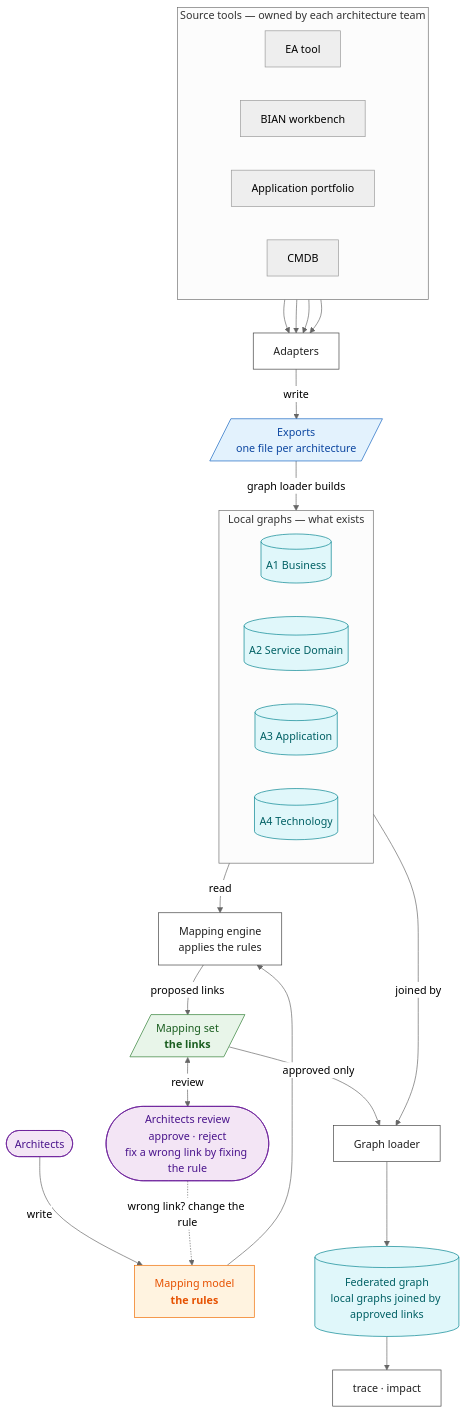
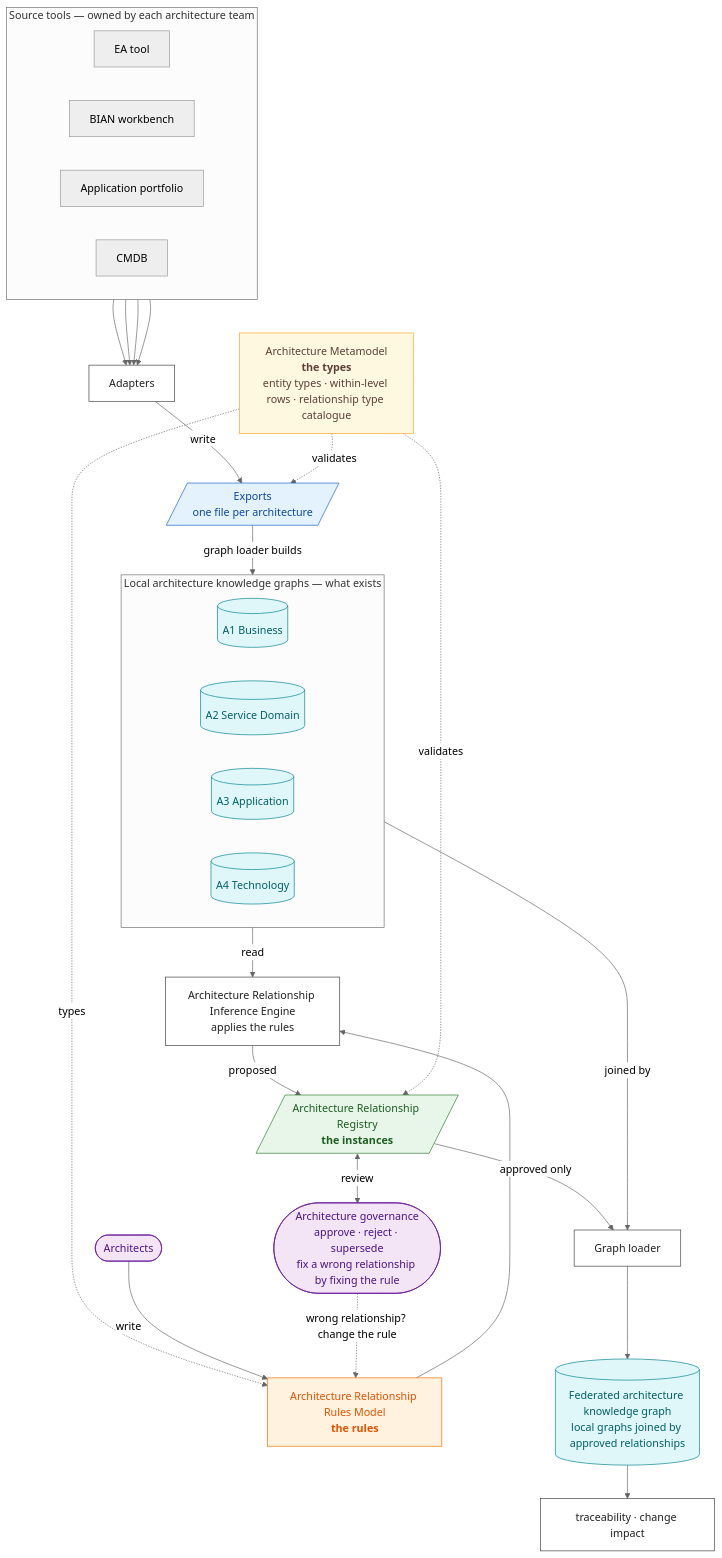
The diagram in README.md (taumoeps/bian-sdem-framework), drawn with Mermaid (neutral theme) before and after one commit. The commit also changed other lines of this file and 88 other files, not shown here.

````diff
--- a/README.md
+++ b/README.md
@@ -29,51 +42,57 @@
 ```mermaid
 flowchart TB
+    classDef def fill:#FFF8E1,stroke:#F9A825,color:#5D4037
     classDef data fill:#E3F2FD,stroke:#1565C0,color:#0D47A1
     classDef rules fill:#FFF3E0,stroke:#EF6C00,color:#E65100
     classDef links fill:#E8F5E9,stroke:#2E7D32,color:#1B5E20
     classDef prog fill:#FFFFFF,stroke:#424242,color:#212121
     classDef person fill:#F3E5F5,stroke:#6A1B9A,color:#4A148C
     classDef kg fill:#E0F7FA,stroke:#00838F,color:#006064
+
+    META["Architecture Metamodel<br/><b>the types</b><br/>entity types · within-level rows · relationship type catalogue"]:::def
 
     subgraph SRC["Source tools — owned by each architecture team"]
         direction LR
         T1["EA tool"]
         T2["BIAN workbench"]
         T3["Application portfolio"]
         T4["CMDB"]
     end
 
     ADP["Adapters"]:::prog
     EXP[/"Exports<br/>one file per architecture"/]:::data
 
-    subgraph LOCAL["Local graphs — what exists"]
+    subgraph LOCAL["Local architecture knowledge graphs — what exists"]
         direction LR
         L1[("A1 Business")]:::kg
         L2[("A2 Service Domain")]:::kg
         L3[("A3 Application")]:::kg
         L4[("A4 Technology")]:::kg
     end
 
     ARCH(["Architects"]):::person
-    MM["Mapping model<br/><b>the rules</b>"]:::rules
-    ENG["Mapping engine<br/>applies the rules"]:::prog
-    MS[/"Mapping set<br/><b>the links</b>"/]:::links
-    REV(["Architects review<br/>approve · reject<br/>fix a wrong link by fixing the rule"]):::person
+    RULES["Architecture Relationship Rules Model<br/><b>the rules</b>"]:::rules
+    ENG["Architecture Relationship Inference Engine<br/>applies the rules"]:::prog
+    REG[/"Architecture Relationship Registry<br/><b>the instances</b>"/]:::links
+    REV(["Architecture governance<br/>approve · reject · supersede<br/>fix a wrong relationship by fixing the rule"]):::person
     LDR["Graph loader"]:::prog
-    FED[("Federated graph<br/>local graphs joined by approved links")]:::kg
-    Q["trace · impact"]:::prog
+    FED[("Federated architecture knowledge graph<br/>local graphs joined by approved relationships")]:::kg
+    Q["traceability · change impact"]:::prog
 
     T1 & T2 & T3 & T4 --> ADP
     ADP -->|write| EXP
+    META -.->|validates| EXP
     EXP -->|graph loader builds| LOCAL
-    ARCH -->|write| MM
-    MM --> ENG
+    META -.->|types| RULES
+    ARCH -->|write| RULES
+    RULES --> ENG
     LOCAL -->|read| ENG
-    ENG -->|proposed links| MS
-    MS <-->|review| REV
-    REV -.->|wrong link? change the rule| MM
-    MS -->|approved only| LDR
+    ENG -->|proposed| REG
+    META -.->|validates| REG
+    REG <-->|review| REV
+    REV -.->|wrong relationship? change the rule| RULES
+    REG -->|approved only| LDR
     LOCAL -->|joined by| LDR
     LDR --> FED
     FED --> Q
 ```
````
